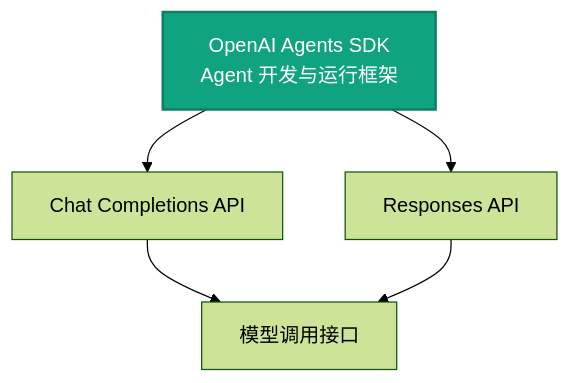
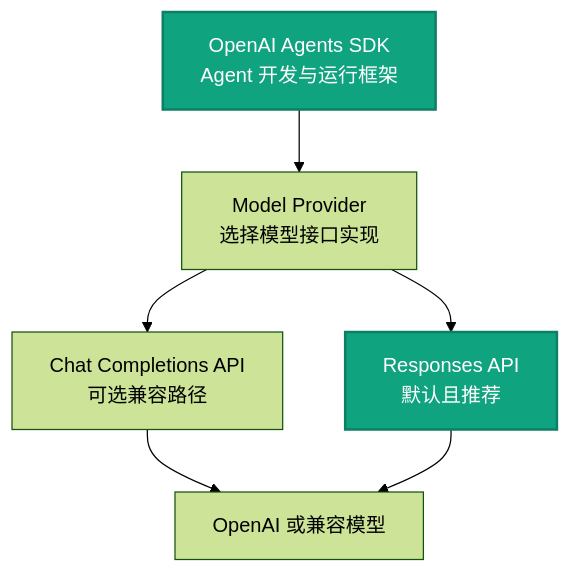
Before and after one commit to yiyezhangmu/agentdoc: the first of 8 diagrams in docs/ai-agent/openai/chat-completions-responses-agents/index.md, drawn with Mermaid (forest theme). The commit also changed other lines of this file and 63 other files, not shown here.

````diff
--- a/docs/ai-agent/openai/chat-completions-responses-agents/index.md
+++ b/docs/ai-agent/openai/chat-completions-responses-agents/index.md
@@ -15,15 +27,17 @@
 ```mermaid
 flowchart TB
     SDK["OpenAI Agents SDK<br/>Agent 开发与运行框架"]
-    CHAT["Chat Completions API"]
-    RESP["Responses API"]
-    MODEL["模型调用接口"]
+    PROVIDER["Model Provider<br/>选择模型接口实现"]
+    RESP["Responses API<br/>默认且推荐"]
+    CHAT["Chat Completions API<br/>可选兼容路径"]
+    MODEL["OpenAI 或兼容模型"]
 
-    SDK --> CHAT
-    SDK --> RESP
+    SDK --> PROVIDER
+    PROVIDER --> RESP
+    PROVIDER --> CHAT
     CHAT --> MODEL
     RESP --> MODEL
 
     classDef accent fill:#10a37f,color:#ffffff,stroke:#0d7f65,stroke-width:2px;
-    class SDK accent;
+    class SDK,RESP accent;
 ```
````
